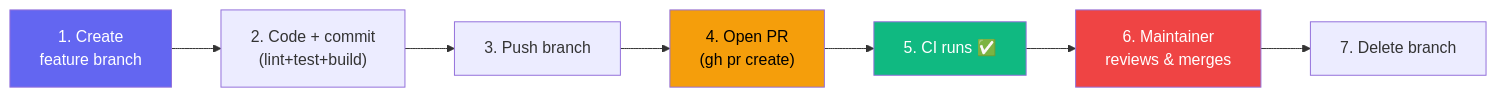
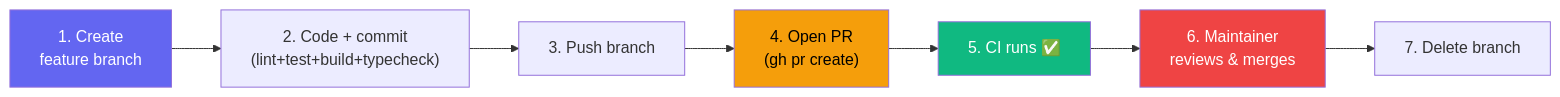
Before and after one commit to Tlahey/agent-eval: the first of 3 diagrams in AGENTS.md, drawn with Mermaid. The commit also changed other lines of this file and 2 other files, not shown here.

First line of the commit message:
fix(typecheck): fix TSC errors and add typecheck to mandatory workflow

````diff
--- a/AGENTS.md
+++ b/AGENTS.md
@@ -180,14 +189,14 @@
 ```mermaid
 flowchart LR
-    A["1. Create\nfeature branch"] --> B["2. Code + commit\n(lint+test+build)"]
+    A["1. Create\nfeature branch"] --> B["2. Code + commit\n(lint+test+build+typecheck)"]
     B --> C["3. Push branch"]
     C --> D["4. Open PR\n(gh pr create)"]
     D --> E["5. CI runs ✅"]
     E --> F["6. Maintainer\nreviews & merges"]
     F --> G["7. Delete branch"]
 
     style A fill:#6366f1,color:#fff
     style D fill:#f59e0b,color:#000
     style E fill:#10b981,color:#fff
     style F fill:#ef4444,color:#fff
 ```
````
